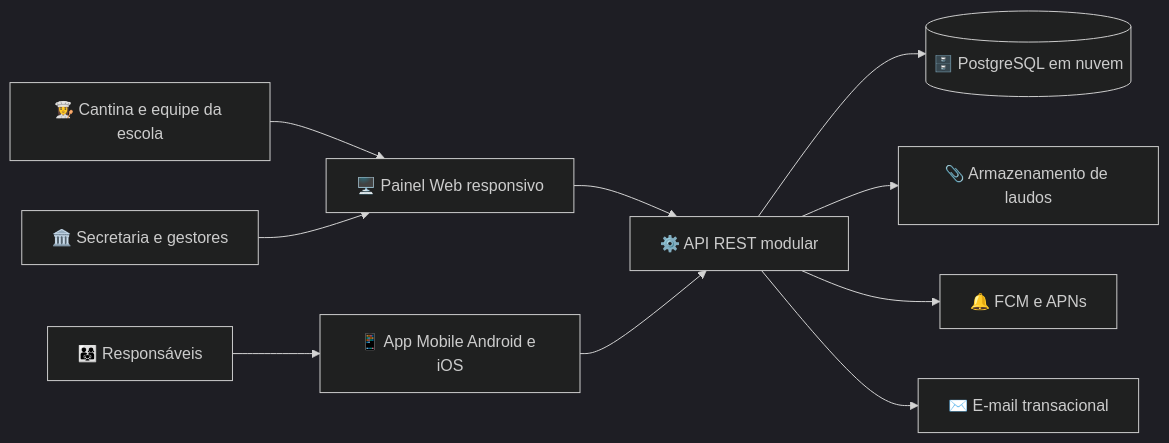
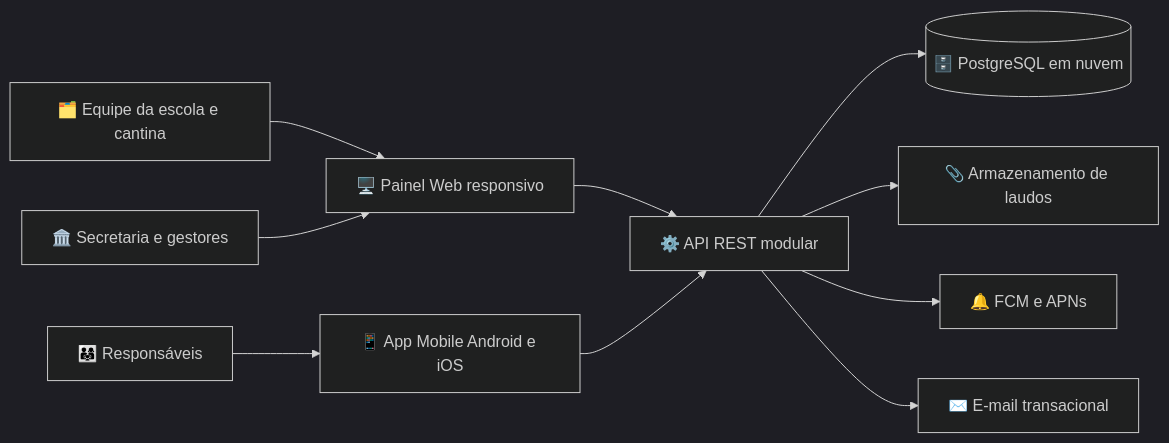
Before and after one commit to gabriel1326/SIGECE: the third of 5 diagrams in README.md, drawn with Mermaid (dark theme). The commit also changed other lines of this file, not shown here.

````diff
--- a/README.md
+++ b/README.md
@@ -164,12 +203,12 @@
 ```mermaid
 flowchart LR
-    A["👩‍🍳 Cantina e equipe da escola"] --> W["🖥️ Painel Web responsivo"]
+    A["🗂️ Equipe da escola e cantina"] --> W["🖥️ Painel Web responsivo"]
     G["🏛️ Secretaria e gestores"] --> W
     R["👨‍👩‍👧 Responsáveis"] --> M["📱 App Mobile Android e iOS"]
     W --> API["⚙️ API REST modular"]
     M --> API
     API --> DB[("🗄️ PostgreSQL em nuvem")]
     API --> S3["📎 Armazenamento de laudos"]
     API --> N["🔔 FCM e APNs"]
     API --> E["✉️ E-mail transacional"]
 ```
````
